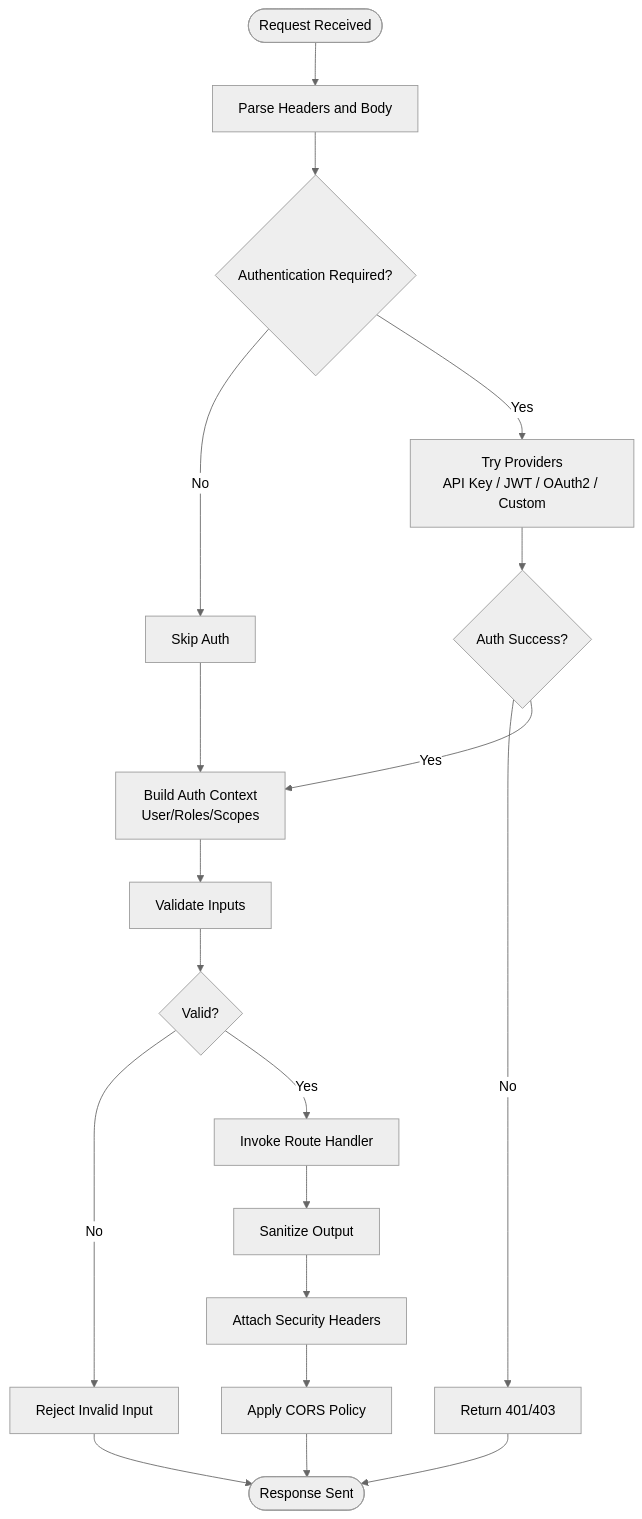
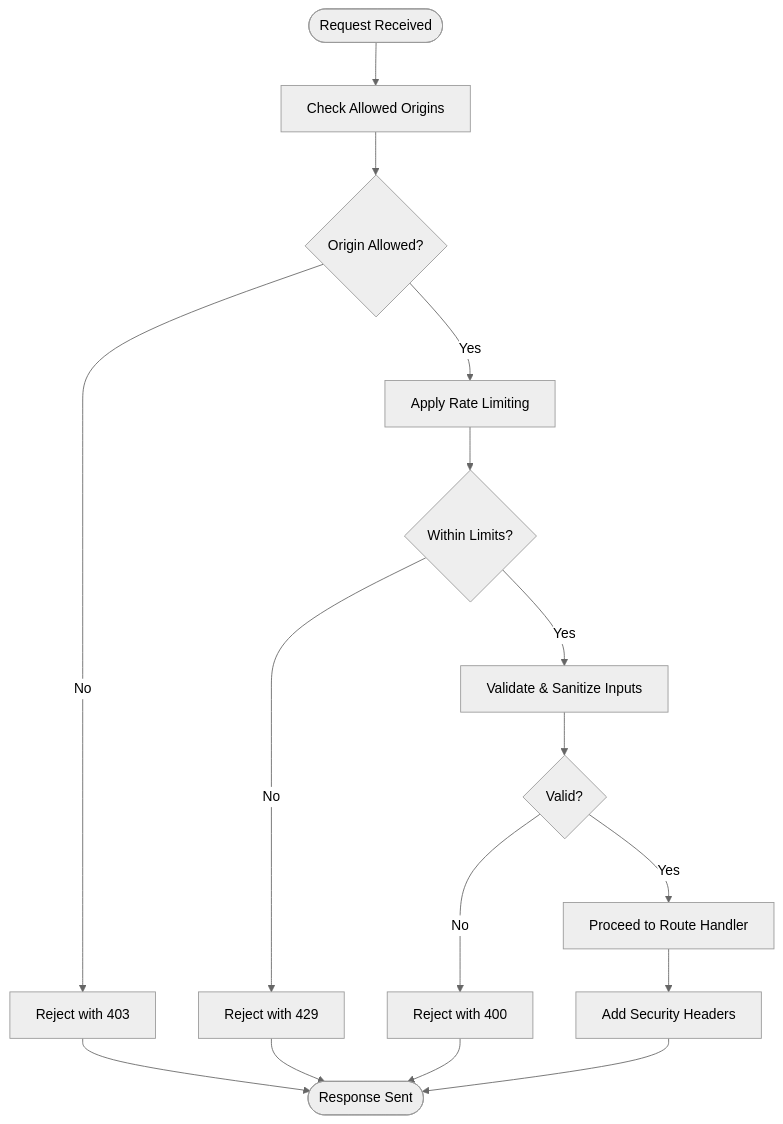
Before and after one commit to Sifr-r/LocalDeepL: the third of 4 diagrams in .qoder/repowiki/en/content/API Reference/Authentication & Security.md, drawn with Mermaid (neutral theme). The commit also changed other lines of this file and 246 other files, not shown here.

````diff
--- a/.qoder/repowiki/en/content/API Reference/Authentication & Security.md
+++ b/.qoder/repowiki/en/content/API Reference/Authentication & Security.md
@@ -151,21 +128,18 @@
 ```mermaid
 flowchart TD
-Start(["Request Received"]) --> Parse["Parse Headers and Body"]
-Parse --> AuthCheck{"Authentication Required?"}
-AuthCheck --> |No| SkipAuth["Skip Auth"]
-AuthCheck --> |Yes| TryProviders["Try Providers<br/>API Key / JWT / OAuth2 / Custom"]
-TryProviders --> AuthResult{"Auth Success?"}
-AuthResult --> |No| Deny["Return 401/403"]
-AuthResult --> |Yes| BuildCtx["Build Auth Context<br/>User/Roles/Scopes"]
-SkipAuth --> BuildCtx
-BuildCtx --> Validate["Validate Inputs"]
-Validate --> Valid{"Valid?"}
-Valid --> |No| Reject["Reject Invalid Input"]
-Valid --> |Yes| Handle["Invoke Route Handler"]
-Handle --> Sanitize["Sanitize Output"]
-Sanitize --> Headers["Attach Security Headers"]
-Headers --> CORS["Apply CORS Policy"]
-CORS --> End(["Response Sent"])
-Deny --> End
-Reject --> End
+Start(["Request Received"]) --> CheckOrigin["Check Allowed Origins"]
+CheckOrigin --> OriginOK{"Origin Allowed?"}
+OriginOK --> |No| RejectOrigin["Reject with 403"]
+OriginOK --> |Yes| RateLimit["Apply Rate Limiting"]
+RateLimit --> RateOK{"Within Limits?"}
+RateOK --> |No| RejectRate["Reject with 429"]
+RateOK --> |Yes| ValidateInput["Validate & Sanitize Inputs"]
+ValidateInput --> InputOK{"Valid?"}
+InputOK --> |No| RejectInput["Reject with 400"]
+InputOK --> |Yes| Proceed["Proceed to Route Handler"]
+Proceed --> AddHeaders["Add Security Headers"]
+AddHeaders --> End(["Response Sent"])
+RejectOrigin --> End
+RejectRate --> End
+RejectInput --> End
 ```
````
